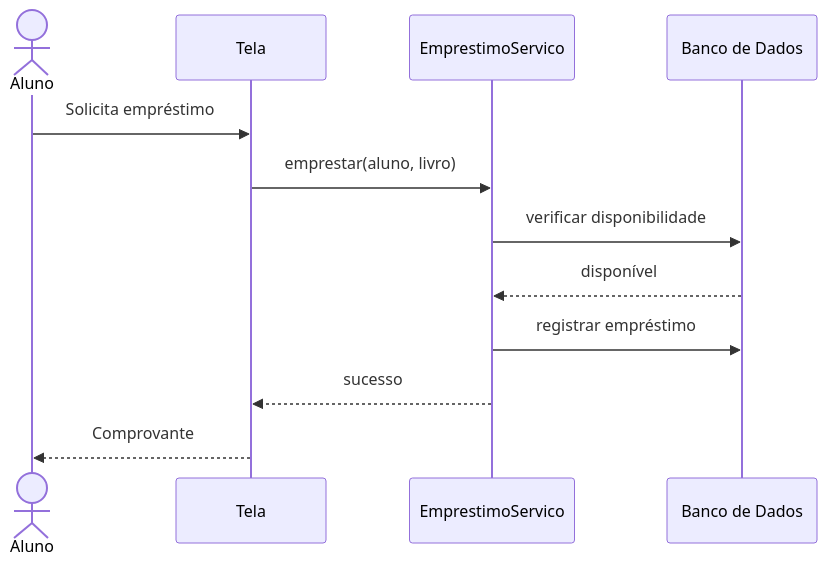
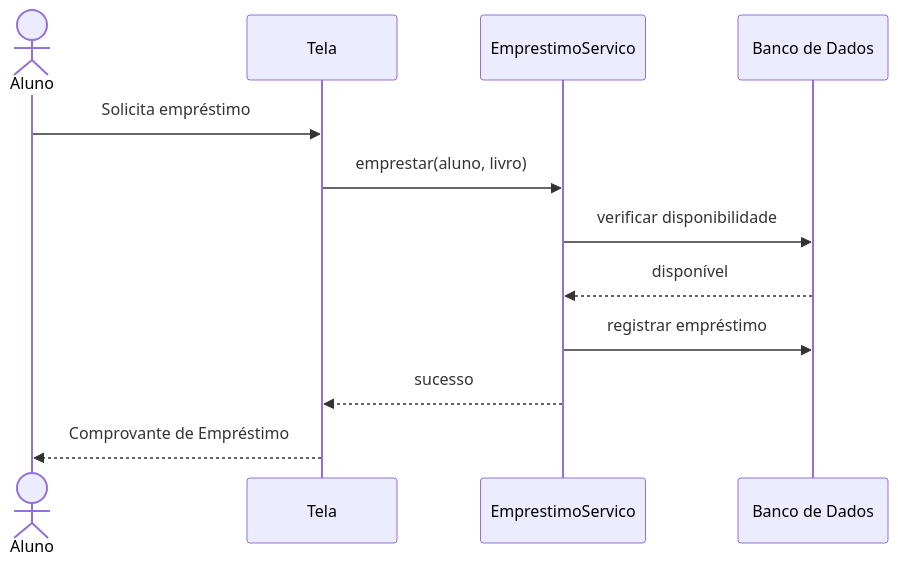
One commit to natanielptech/aula-arquitetura-gran changed the diagram in uml-exemplos/03-sequencia.md. Above: the diagram before and after it, drawn with Mermaid.

````diff
--- a/uml-exemplos/03-sequencia.md
+++ b/uml-exemplos/03-sequencia.md
@@ -5,14 +5,14 @@
 ```mermaid
 sequenceDiagram
     actor Aluno
     participant Tela
     participant Servico as EmprestimoServico
     participant BD as Banco de Dados
     Aluno->>Tela: Solicita empréstimo
     Tela->>Servico: emprestar(aluno, livro)
     Servico->>BD: verificar disponibilidade
     BD-->>Servico: disponível
     Servico->>BD: registrar empréstimo
     Servico-->>Tela: sucesso
-    Tela-->>Aluno: Comprovante
+    Tela-->>Aluno: Comprovante de Empréstimo
 ```
````
